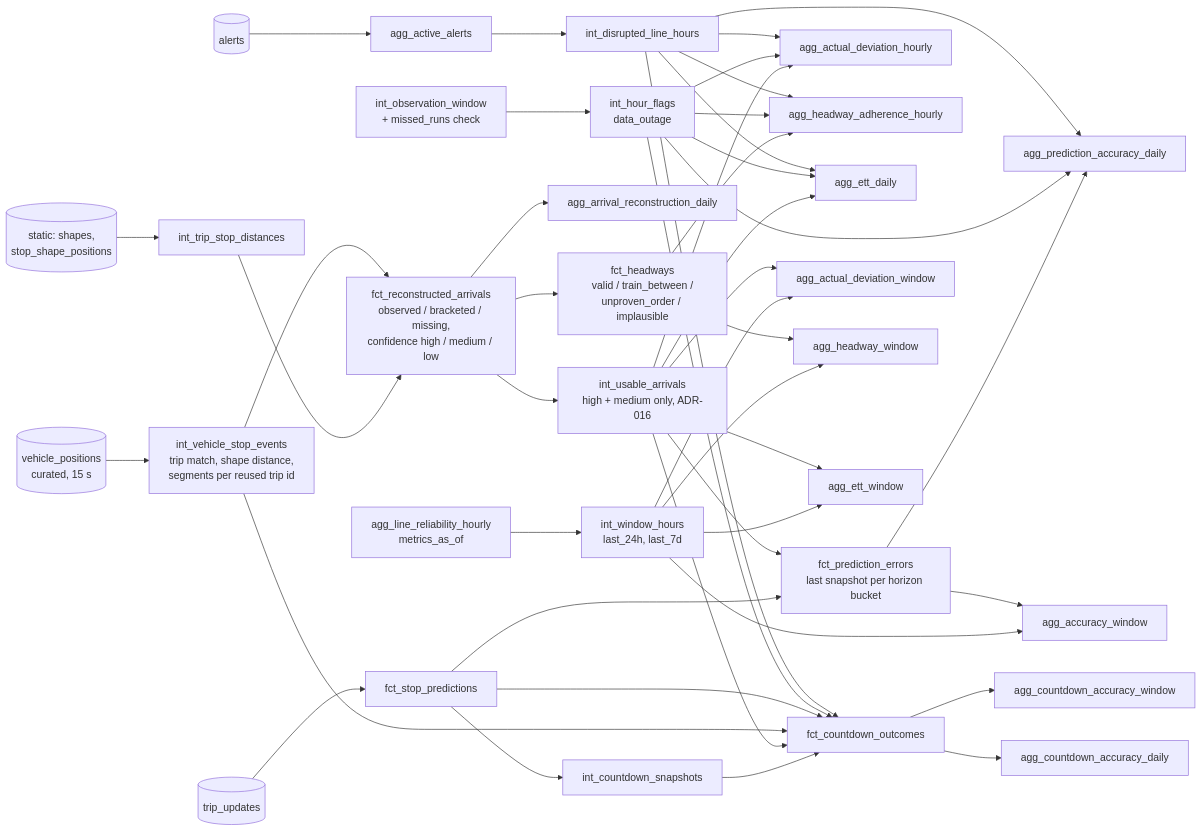
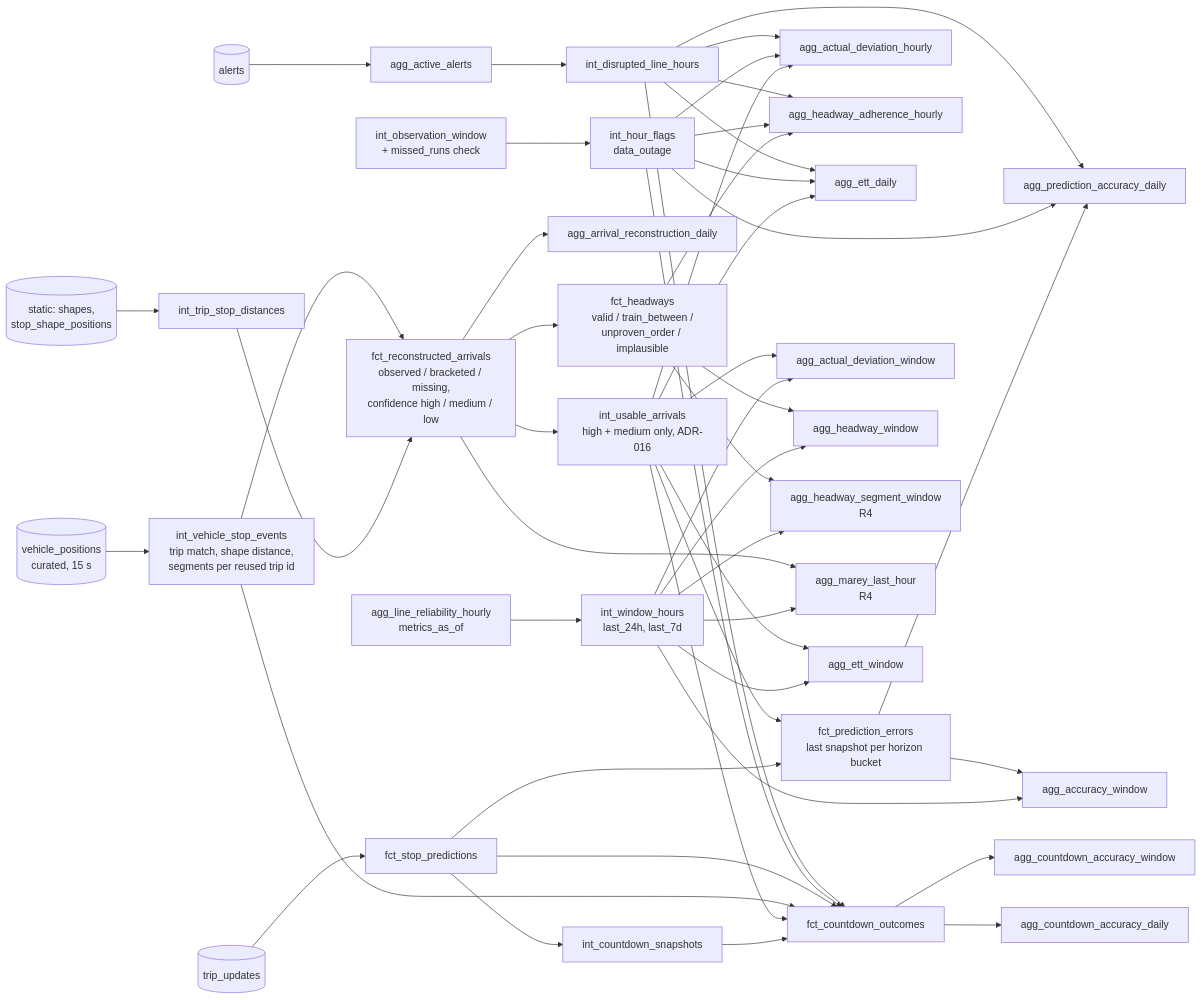
Before and after one commit to akshaygovindd/headway: the second of 7 diagrams in docs/LINEAGE.md, drawn with Mermaid. The commit also changed 7 other files, not shown here.

Commit message:
feat(dbt): r4 models for segment health, last-hour Marey arrivals and capture heartbeat

````diff
--- a/docs/LINEAGE.md
+++ b/docs/LINEAGE.md
@@ -147,33 +147,37 @@
 ```mermaid
 flowchart LR
     VP[(vehicle_positions<br/>curated, 15 s)] --> SE[int_vehicle_stop_events<br/>trip match, shape distance,<br/>segments per reused trip id]
     SHAPES[(static: shapes,<br/>stop_shape_positions)] --> TSD[int_trip_stop_distances]
     TSD --> RA
     SE --> RA[fct_reconstructed_arrivals<br/>observed / bracketed / missing,<br/>confidence high / medium / low]
     RA --> UA[int_usable_arrivals<br/>high + medium only, ADR-016]
     RA --> HW[fct_headways<br/>valid / train_between /<br/>unproven_order / implausible]
     RA --> ARD[agg_arrival_reconstruction_daily]
     TU[(trip_updates)] --> SP[fct_stop_predictions]
     SP --> PE[fct_prediction_errors<br/>last snapshot per horizon bucket]
     UA --> PE
     AL[(alerts)] --> AA[agg_active_alerts]
     AA --> DLH[int_disrupted_line_hours]
     OW[int_observation_window<br/>+ missed_runs check] --> HF[int_hour_flags<br/>data_outage]
     PE & HF & DLH --> ACCD[agg_prediction_accuracy_daily]
     UA & HF & DLH --> DEVH[agg_actual_deviation_hourly]
     HW & HF & DLH --> HWH[agg_headway_adherence_hourly]
     UA & HF & DLH --> ETTD[agg_ett_daily]
     ARH[agg_line_reliability_hourly<br/>metrics_as_of] --> WH[int_window_hours<br/>last_24h, last_7d]
     WH --> ACCW[agg_accuracy_window]
     SP --> CDS[int_countdown_snapshots]
     CDS & UA & SE & SP & HF & DLH --> CDO[fct_countdown_outcomes]
     CDO --> CDW[agg_countdown_accuracy_window]
     CDO --> CDD[agg_countdown_accuracy_daily]
     WH --> DEVW[agg_actual_deviation_window]
     WH --> HWW[agg_headway_window]
+    WH --> HSW[agg_headway_segment_window<br/>R4]
+    HW --> HSW
+    WH --> MLH[agg_marey_last_hour<br/>R4]
+    RA --> MLH
     WH --> ETTW[agg_ett_window]
     PE --> ACCW
     UA --> DEVW
     HW --> HWW
     UA --> ETTW
 ```
````
